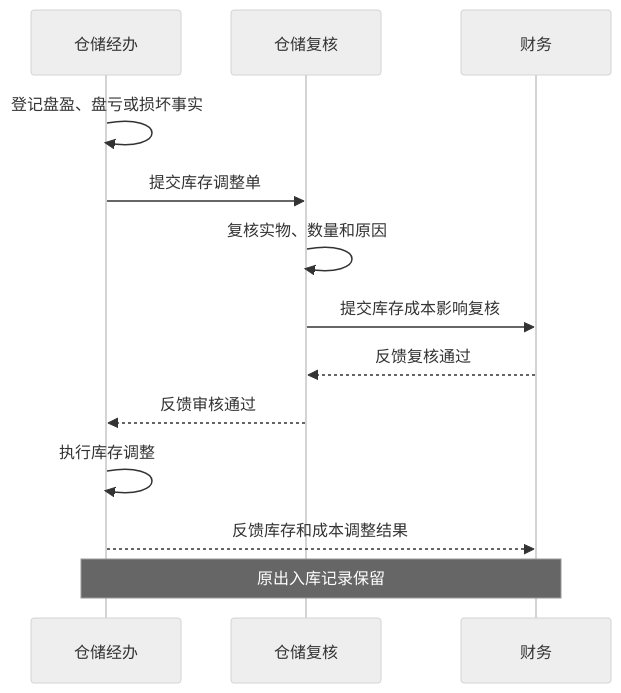
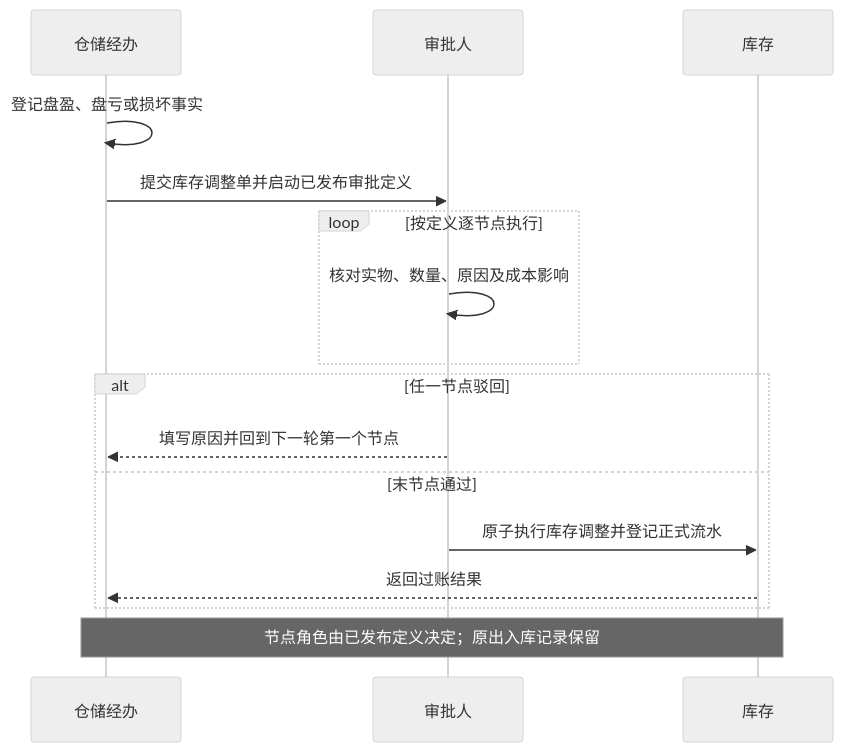
One commit to mztlive/erp changed the sixth of 11 diagrams in docs/erp-phase-1.md. Above: the diagram before and after it, drawn with Mermaid (neutral theme). The commit also changed other lines of this file and 48 other files, not shown here.

````diff
--- a/docs/erp-phase-1.md
+++ b/docs/erp-phase-1.md
@@ -555,16 +568,19 @@
 ```mermaid
 sequenceDiagram
   participant 仓储经办
-  participant 仓储复核
-  participant 财务
+  participant 审批人
+  participant 库存
 
   仓储经办->>仓储经办: 登记盘盈、盘亏或损坏事实
-  仓储经办->>仓储复核: 提交库存调整单
-  仓储复核->>仓储复核: 复核实物、数量和原因
-  仓储复核->>财务: 提交库存成本影响复核
-  财务-->>仓储复核: 反馈复核通过
-  仓储复核-->>仓储经办: 反馈审核通过
-  仓储经办->>仓储经办: 执行库存调整
-  仓储经办-->>财务: 反馈库存和成本调整结果
-  Note over 仓储经办,财务: 原出入库记录保留
+  仓储经办->>审批人: 提交库存调整单并启动已发布审批定义
+  loop 按定义逐节点执行
+    审批人->>审批人: 核对实物、数量、原因及成本影响
+  end
+  alt 任一节点驳回
+    审批人-->>仓储经办: 填写原因并回到下一轮第一个节点
+  else 末节点通过
+    审批人->>库存: 原子执行库存调整并登记正式流水
+    库存-->>仓储经办: 返回过账结果
+  end
+  Note over 仓储经办,库存: 节点角色由已发布定义决定；原出入库记录保留
 ```
````
